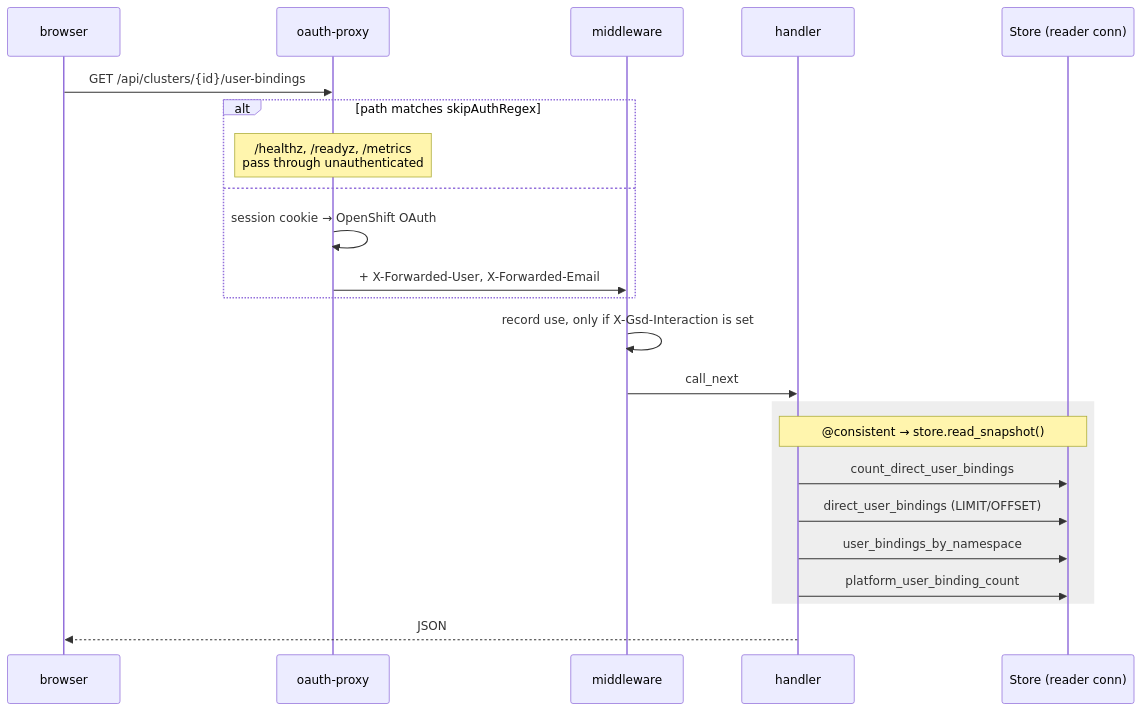
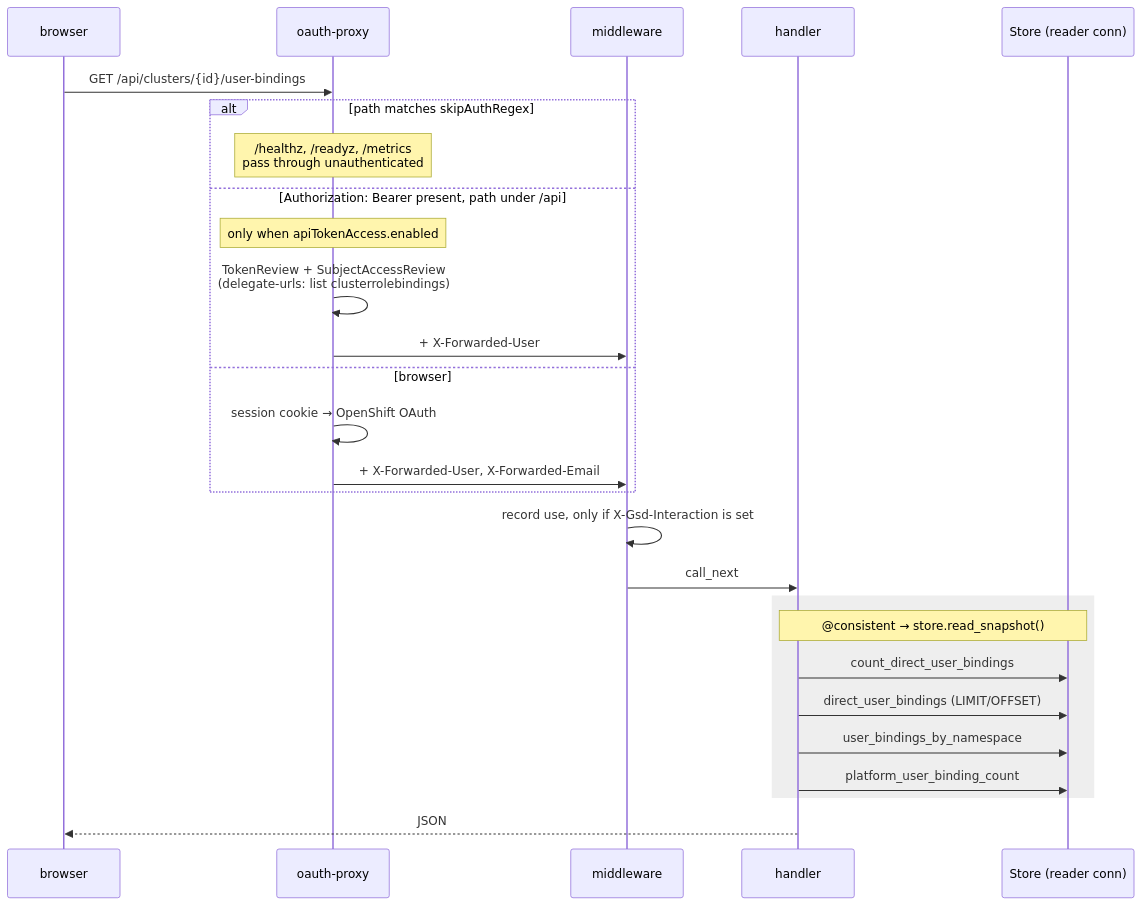
The third of 8 diagrams in docs/reference-architecture.md (ephico2real2/group-sync-dashboard), drawn with Mermaid before and after one commit. The commit also changed other lines of this file and 3 other files, not shown here.

````diff
--- a/docs/reference-architecture.md
+++ b/docs/reference-architecture.md
@@ -200,26 +200,30 @@
 ```mermaid
 sequenceDiagram
   participant B as browser
   participant P as oauth-proxy
   participant M as middleware
   participant H as handler
   participant S as Store (reader conn)
 
   B->>P: GET /api/clusters/{id}/user-bindings
   alt path matches skipAuthRegex
     Note over P: /healthz, /readyz, /metrics<br/>pass through unauthenticated
-  else
+  else Authorization: Bearer present, path under /api
+    Note over P: only when apiTokenAccess.enabled
+    P->>P: TokenReview + SubjectAccessReview<br/>(delegate-urls: list clusterrolebindings)
+    P->>M: + X-Forwarded-User
+  else browser
     P->>P: session cookie → OpenShift OAuth
     P->>M: + X-Forwarded-User, X-Forwarded-Email
   end
   M->>M: record use, only if X-Gsd-Interaction is set
   M->>H: call_next
   rect rgb(238, 238, 238)
     Note over H,S: @consistent → store.read_snapshot()
     H->>S: count_direct_user_bindings
     H->>S: direct_user_bindings (LIMIT/OFFSET)
     H->>S: user_bindings_by_namespace
     H->>S: platform_user_binding_count
   end
   H-->>B: JSON
 ```
````
